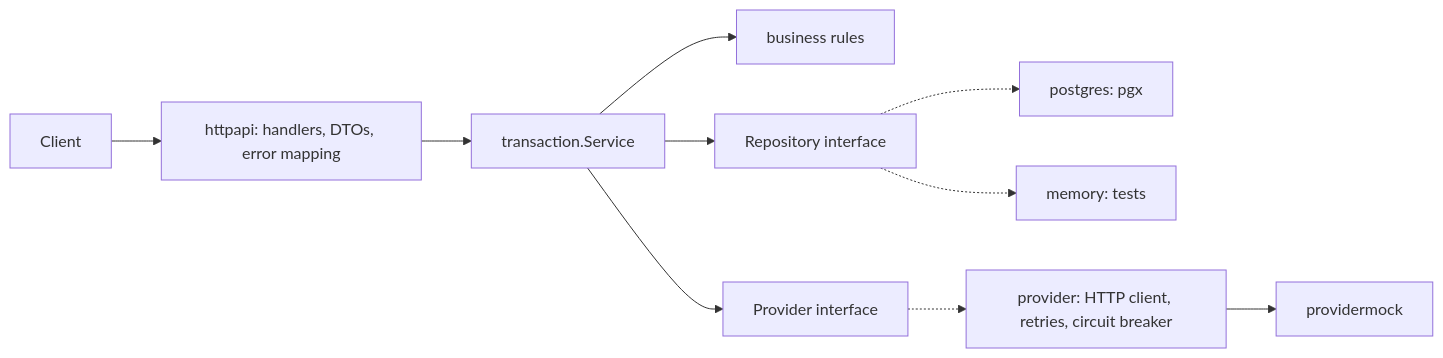
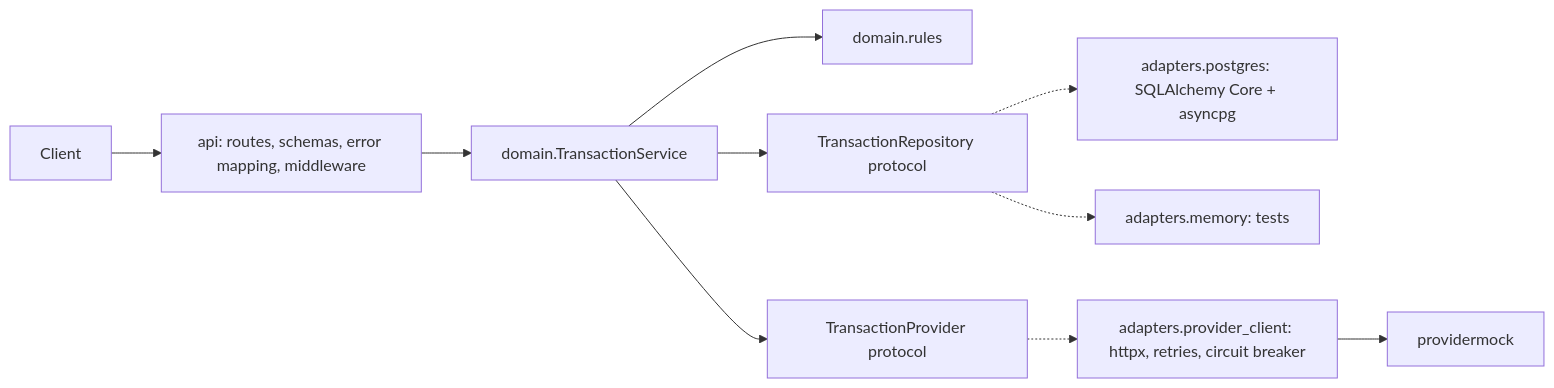
The first of 2 diagrams in README.md (decogzz/spin-coding-challenge), drawn with Mermaid before and after one commit. The commit also changed other lines of this file, not shown here.

````diff
--- a/README.md
+++ b/README.md
@@ -113,12 +148,12 @@
 ```mermaid
 flowchart LR
-  Client --> HttpApi["httpapi: handlers, DTOs, error mapping"]
-  HttpApi --> Service["transaction.Service"]
-  Service --> Rules["business rules"]
-  Service --> RepoPort["Repository interface"]
-  Service --> ProviderPort["Provider interface"]
-  RepoPort -.-> Postgres["postgres: pgx"]
-  RepoPort -.-> Memory["memory: tests"]
-  ProviderPort -.-> ProviderClient["provider: HTTP client, retries, circuit breaker"]
+  Client --> Api["api: routes, schemas, error mapping, middleware"]
+  Api --> Service["domain.TransactionService"]
+  Service --> Rules["domain.rules"]
+  Service --> RepoPort["TransactionRepository protocol"]
+  Service --> ProviderPort["TransactionProvider protocol"]
+  RepoPort -.-> Postgres["adapters.postgres: SQLAlchemy Core + asyncpg"]
+  RepoPort -.-> Memory["adapters.memory: tests"]
+  ProviderPort -.-> ProviderClient["adapters.provider_client: httpx, retries, circuit breaker"]
   ProviderClient --> ProviderMock["providermock"]
 ```
````
